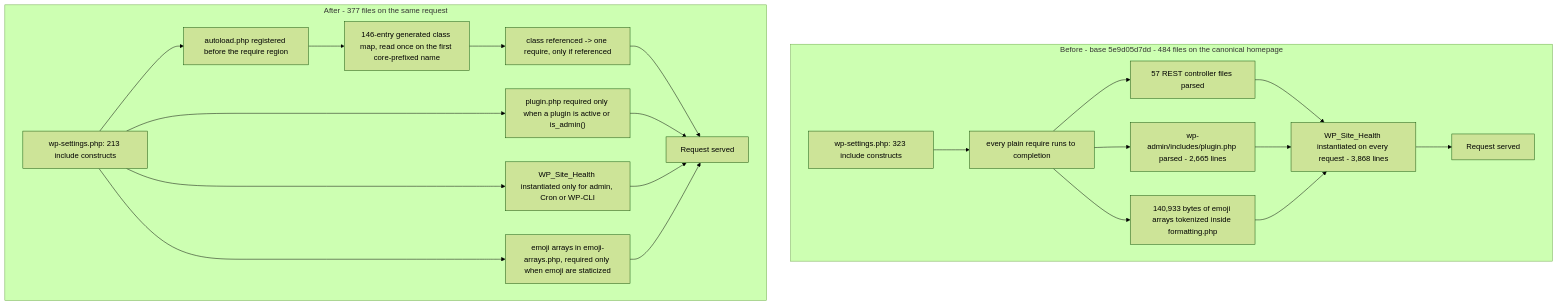
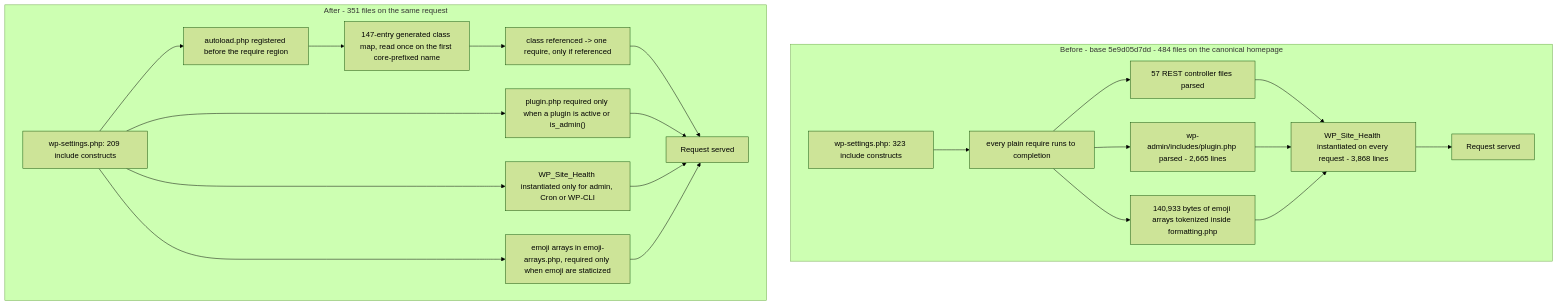
One commit to blitzy-research/wordpress-develop changed the diagram in docs/performance-optimization-report.md. Above: the diagram before and after it, drawn with Mermaid (forest theme). The commit also changed other lines of this file and 22 other files, not shown here.

````diff
--- a/docs/performance-optimization-report.md
+++ b/docs/performance-optimization-report.md
@@ -413,26 +520,26 @@
 ```mermaid
 graph TD
     subgraph BEFORE["Before - base 5e9d05d7dd - 484 files on the canonical homepage"]
         B1["wp-settings.php: 323 include constructs"] --> B2["every plain require runs to completion"]
         B2 --> B3["57 REST controller files parsed"]
         B2 --> B4["wp-admin/includes/plugin.php parsed - 2,665 lines"]
         B2 --> B5["140,933 bytes of emoji arrays tokenized inside formatting.php"]
         B3 --> B6["WP_Site_Health instantiated on every request - 3,868 lines"]
         B4 --> B6
         B5 --> B6
         B6 --> B7["Request served"]
     end
-    subgraph AFTER["After - 377 files on the same request"]
-        A1["wp-settings.php: 213 include constructs"] --> A2["autoload.php registered before the require region"]
-        A2 --> A3["146-entry generated class map, read once on the first core-prefixed name"]
+    subgraph AFTER["After - 351 files on the same request"]
+        A1["wp-settings.php: 209 include constructs"] --> A2["autoload.php registered before the require region"]
+        A2 --> A3["147-entry generated class map, read once on the first core-prefixed name"]
         A3 --> A4["class referenced -> one require, only if referenced"]
         A1 --> A5["plugin.php required only when a plugin is active or is_admin()"]
         A1 --> A6["WP_Site_Health instantiated only for admin, Cron or WP-CLI"]
         A1 --> A7["emoji arrays in emoji-arrays.php, required only when emoji are staticized"]
         A4 --> A8["Request served"]
         A5 --> A8
         A6 --> A8
         A7 --> A8
     end
 %% Legend: each AFTER path is a file that is no longer parsed unless something asks for it.
 ```
````
